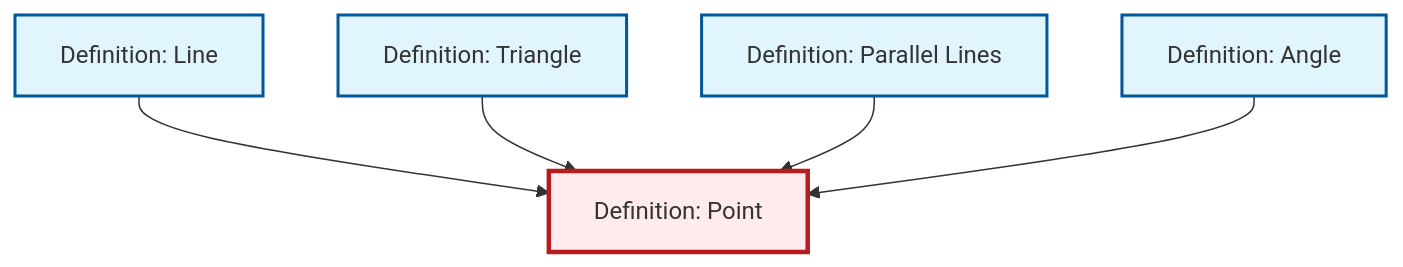
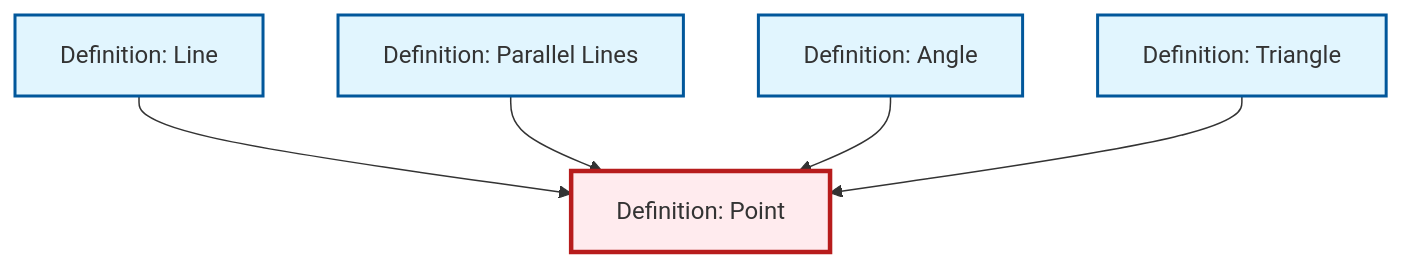
The diagram in content/ja/geometry/def-point.qmd (RK0429/ModernMath), drawn with Mermaid before and after one commit. The commit also changed other lines of this file and 531 other files, not shown here.

````diff
--- a/content/ja/geometry/def-point.qmd
+++ b/content/ja/geometry/def-point.qmd
@@ -40,23 +40,23 @@
 ```{mermaid}
 %%| fig-cap: "Local dependency graph"
 graph TD
     classDef definition fill:#e1f5fe,stroke:#01579b,stroke-width:2px
     classDef theorem fill:#f3e5f5,stroke:#4a148c,stroke-width:2px
     classDef axiom fill:#fff3e0,stroke:#e65100,stroke-width:2px
     classDef example fill:#e8f5e9,stroke:#1b5e20,stroke-width:2px
     classDef current fill:#ffebee,stroke:#b71c1c,stroke-width:3px
+    def-line["Definition: Line"]:::definition
     def-angle["Definition: Angle"]:::definition
+    def-parallel["Definition: Parallel Lines"]:::definition
     def-point["Definition: Point"]:::definition
-    def-parallel["Definition: Parallel Lines"]:::definition
-    def-line["Definition: Line"]:::definition
     def-triangle["Definition: Triangle"]:::definition
     def-line --> def-point
-    def-triangle --> def-point
     def-parallel --> def-point
     def-angle --> def-point
+    def-triangle --> def-point
     class def-point current
+    click def-line "def-line.html" "Definition: Lineへ"
     click def-angle "def-angle.html" "Definition: Angleへ"
     click def-parallel "def-parallel.html" "Definition: Parallel Linesへ"
-    click def-line "def-line.html" "Definition: Lineへ"
     click def-triangle "def-triangle.html" "Definition: Triangleへ"
 ```
````
